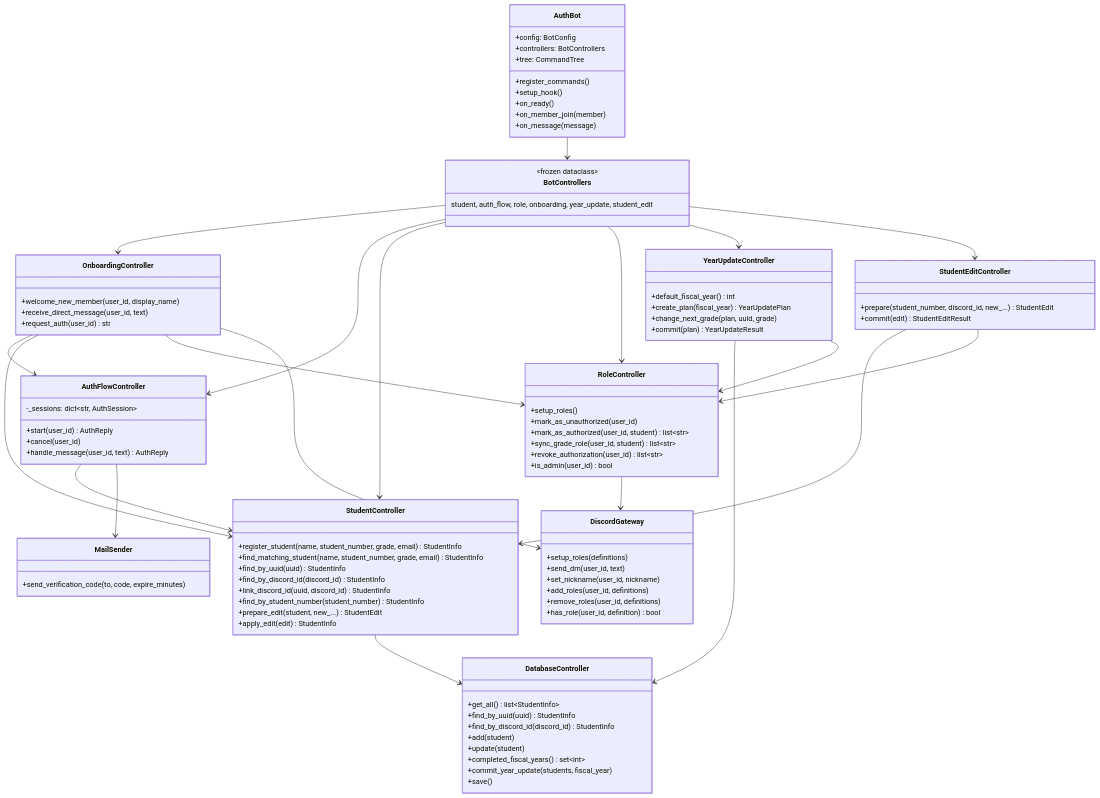
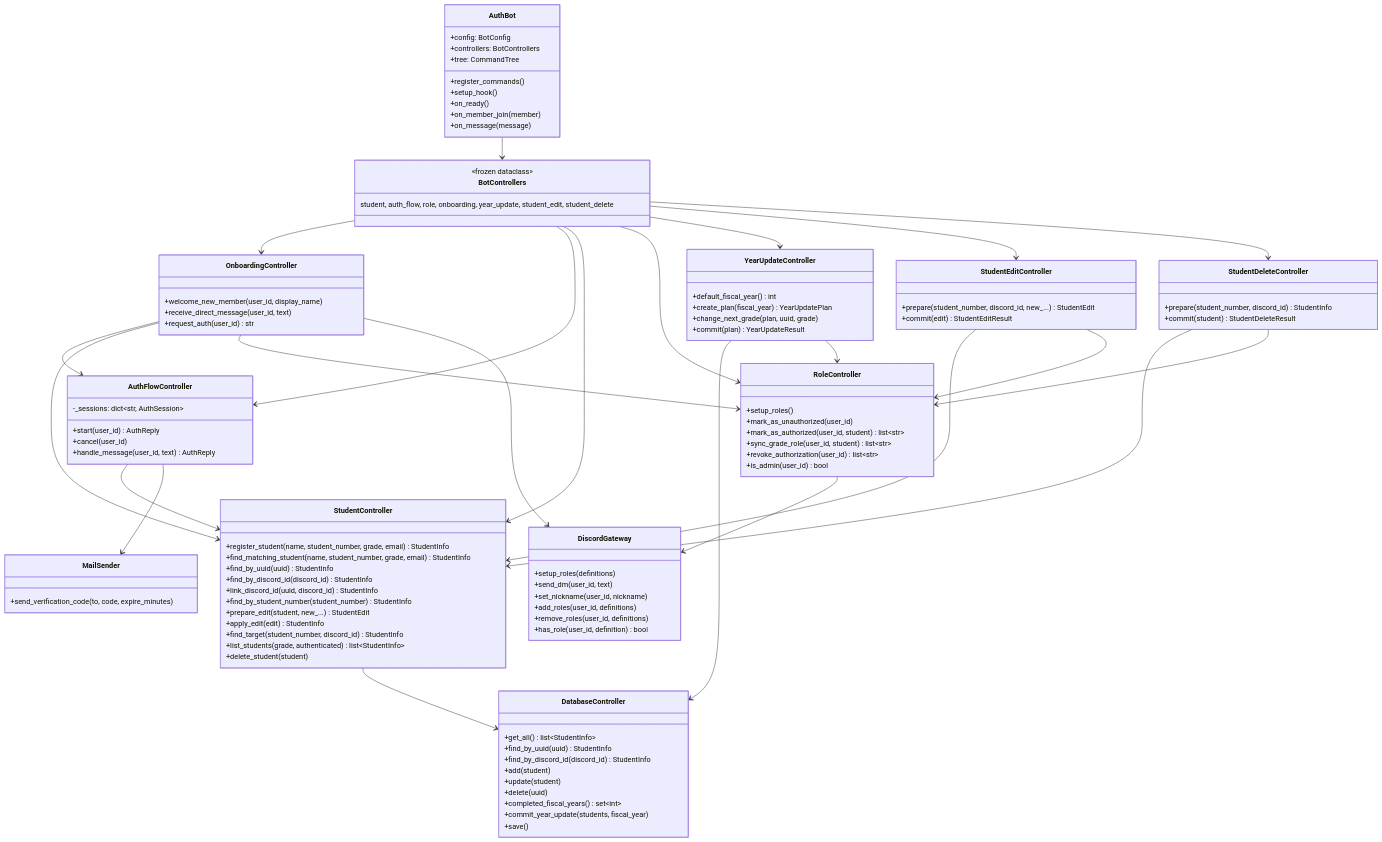
Before and after one commit to OhuchiLab/discord-authbot2: the first of 5 diagrams in docs/detailed_design.md, drawn with Mermaid. The commit also changed other lines of this file and 23 other files, not shown here.

```diff
--- a/docs/detailed_design.md
+++ b/docs/detailed_design.md
@@ -117,7 +120,7 @@
     }
     class BotControllers {
         <<frozen dataclass>>
-        student, auth_flow, role, onboarding, year_update, student_edit
+        student, auth_flow, role, onboarding, year_update, student_edit, student_delete
     }
     class OnboardingController {
         +welcome_new_member(user_id, display_name)
@@ -139,6 +142,13 @@
         +find_by_student_number(student_number) StudentInfo
         +prepare_edit(student, new_...) StudentEdit
         +apply_edit(edit) StudentInfo
+        +find_target(student_number, discord_id) StudentInfo
+        +list_students(grade, authenticated) list~StudentInfo~
+        +delete_student(student)
+    }
+    class StudentDeleteController {
+        +prepare(student_number, discord_id) StudentInfo
+        +commit(student) StudentDeleteResult
     }
     class StudentEditController {
         +prepare(student_number, discord_id, new_...) StudentEdit
@@ -164,6 +174,7 @@
         +find_by_discord_id(discord_id) StudentInfo
         +add(student)
         +update(student)
+        +delete(uuid)
         +completed_fiscal_years() set~int~
         +commit_year_update(students, fiscal_year)
         +save()
@@ -187,6 +198,9 @@
     BotControllers --> RoleController
     BotControllers --> YearUpdateController
     BotControllers --> StudentEditController
+    BotControllers --> StudentDeleteController
+    StudentDeleteController --> StudentController
+    StudentDeleteController --> RoleController
     StudentEditController --> StudentController
     StudentEditController --> RoleController
     YearUpdateController --> DatabaseController
```
